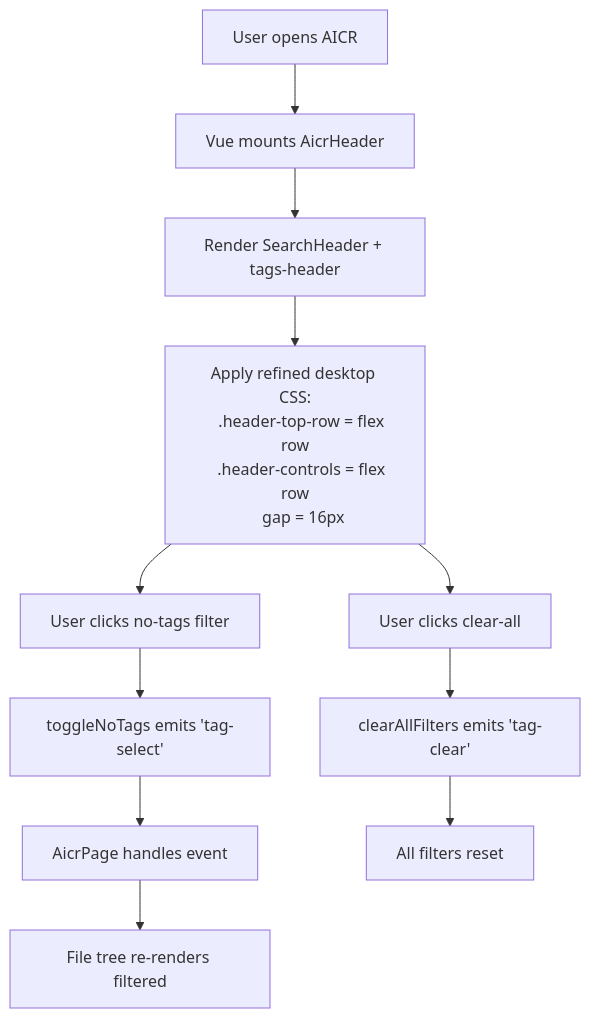
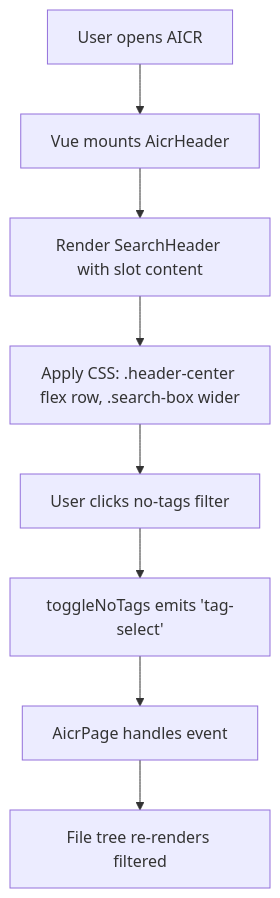
Before and after one commit to effiy/YiWeb: the second of 4 diagrams in docs/header-top-row-redesign/02_requirement-tasks.md, drawn with Mermaid. The commit also changed other lines of this file and 19 other files, not shown here.

First line of the commit message:
feat: header top row redesign — finalize layout and documentation

````diff
--- a/docs/header-top-row-redesign/02_requirement-tasks.md
+++ b/docs/header-top-row-redesign/02_requirement-tasks.md
@@ -55,16 +57,10 @@
 ```mermaid
 flowchart TD
     A["User opens AICR"] --> B["Vue mounts AicrHeader"]
-    B --> C["Render SearchHeader + tags-header"]
-    C --> D["Apply refined desktop CSS:
-    .header-top-row = flex row
-    .header-controls = flex row
-    gap = 16px"]
+    B --> C["Render SearchHeader with slot content"]
+    C --> D["Apply CSS: .header-center flex row, .search-box wider"]
     D --> E["User clicks no-tags filter"]
     E --> F["toggleNoTags emits 'tag-select'"]
     F --> G["AicrPage handles event"]
     G --> H["File tree re-renders filtered"]
-    D --> I["User clicks clear-all"]
-    I --> J["clearAllFilters emits 'tag-clear'"]
-    J --> K["All filters reset"]
 ```
````
